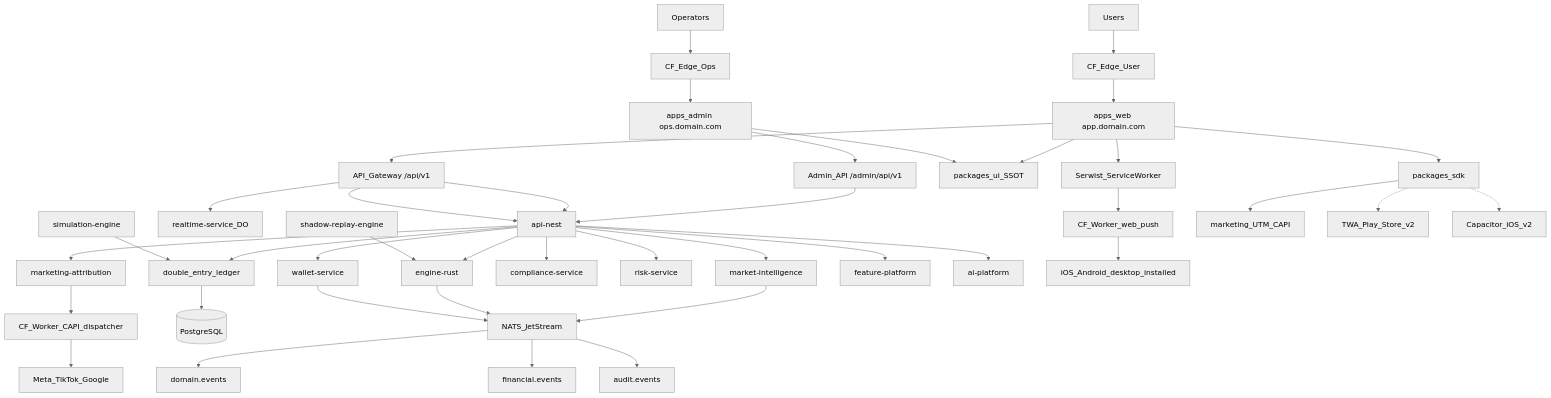
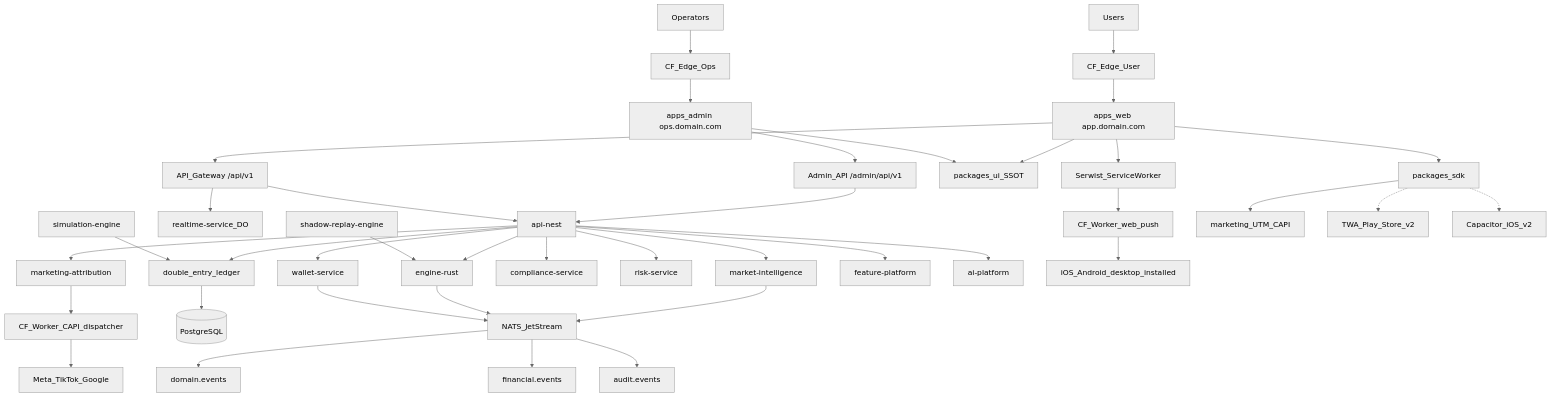
One commit to phonarawd/AI-Profit-OS changed the first of 7 diagrams in .cursor/plans/ai_profit_os_launch_54c1261e.plan.md. Above: the diagram before and after it, drawn with Mermaid (neutral theme). The commit also changed other lines of this file and 121 other files, not shown here.

````diff
--- a/.cursor/plans/ai_profit_os_launch_54c1261e.plan.md
+++ b/.cursor/plans/ai_profit_os_launch_54c1261e.plan.md
@@ -223,42 +446,41 @@
 ```mermaid
 flowchart TB
   Users[Users] --> EdgeUser[CF_Edge_User]
   Operators[Operators] --> EdgeOps[CF_Edge_Ops]
   EdgeUser --> Web[apps_web app.domain.com]
   EdgeOps --> Admin[apps_admin ops.domain.com]
   Web --> APIGW[API_Gateway /api/v1]
   Admin --> AdminAPI[Admin_API /admin/api/v1]
   AdminAPI --> Nest[api-nest]
   APIGW --> Nest
-  APIGW --> Nest[api-nest]
   APIGW --> RT[realtime-service_DO]
   Nest --> MI[market-intelligence]
   Nest --> Engine[engine-rust]
   Nest --> Mkt[marketing-attribution]
   Nest --> Wallet[wallet-service]
   Nest --> Compl[compliance-service]
   Nest --> Risk[risk-service]
   Nest --> Ledger[double_entry_ledger]
   Nest --> Feat[feature-platform]
   Nest --> AI[ai-platform]
   MI --> NATS[NATS_JetStream]
   Engine --> NATS
   Wallet --> NATS
   Ledger --> PG[(PostgreSQL)]
   NATS --> Dom[domain.events]
   NATS --> Fin[financial.events]
   NATS --> Aud[audit.events]
   Sim[simulation-engine] --> Ledger
   Shadow[shadow-replay-engine] --> Engine
   Web --> UI[packages_ui_SSOT]
   Admin --> UI
   Web --> SW[Serwist_ServiceWorker]
   SW --> PushCF[CF_Worker_web_push]
   PushCF --> Devices[iOS_Android_desktop_installed]
   Web --> SDK[packages_sdk]
   SDK --> MktSDK[marketing_UTM_CAPI]
   Mkt --> CAPIWorker[CF_Worker_CAPI_dispatcher]
   CAPIWorker --> AdPlatforms[Meta_TikTok_Google]
   SDK -.-> TWA[TWA_Play_Store_v2]
   SDK -.-> Cap[Capacitor_iOS_v2]
 ```
````
